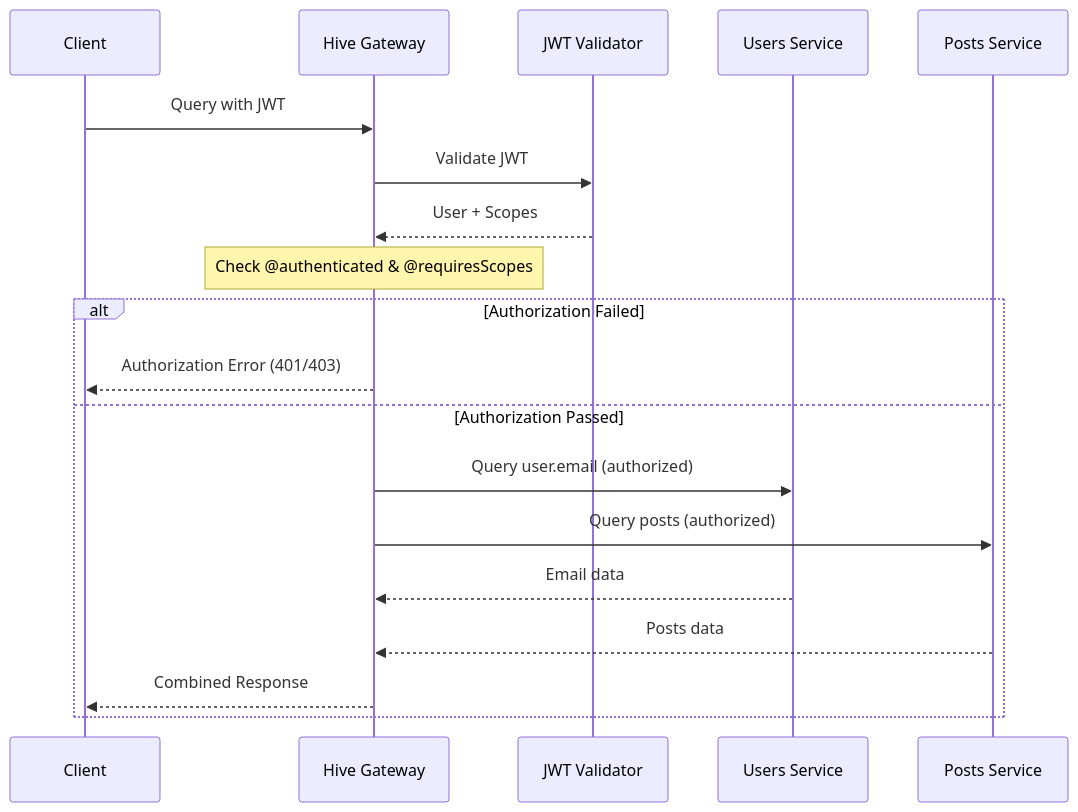
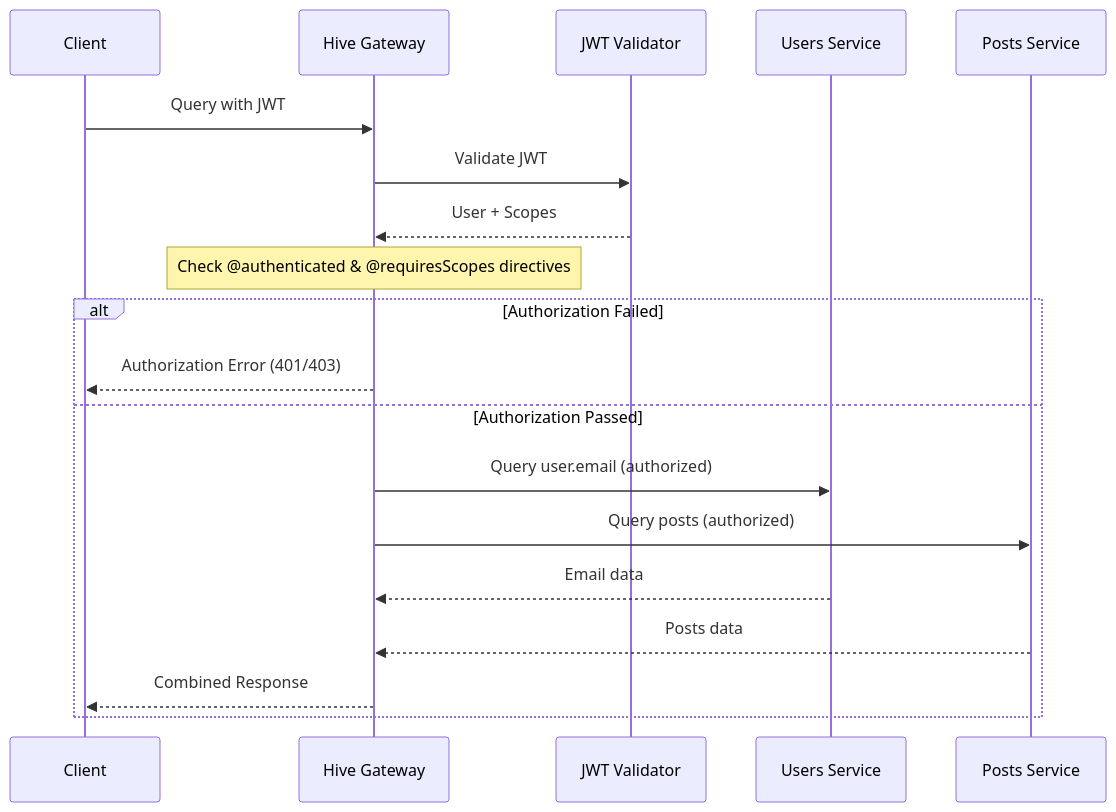
The second of 4 diagrams in presenter/slides.md (graphql-hive/graphql-conf-2025-gateway-workshop), drawn with Mermaid before and after one commit. The commit also changed other lines of this file, not shown here.

````diff
--- a/presenter/slides.md
+++ b/presenter/slides.md
@@ -435,23 +433,23 @@
 ```mermaid
 sequenceDiagram
     participant Client
     participant Gateway as Hive Gateway
     participant Auth as JWT Validator
     participant Users as Users Service
     participant Posts as Posts Service
 
     Client->>Gateway: Query with JWT
     Gateway->>Auth: Validate JWT
     Auth-->>Gateway: User + Scopes
 
-    Note over Gateway: Check @authenticated & @requiresScopes
+    Note over Gateway: Check @authenticated & @requiresScopes directives
     alt Authorization Failed
         Gateway-->>Client: Authorization Error (401/403)
     else Authorization Passed
         Gateway->>Users: Query user.email (authorized)
         Gateway->>Posts: Query posts (authorized)
         Users-->>Gateway: Email data
         Posts-->>Gateway: Posts data
         Gateway-->>Client: Combined Response
     end
 ```
````
